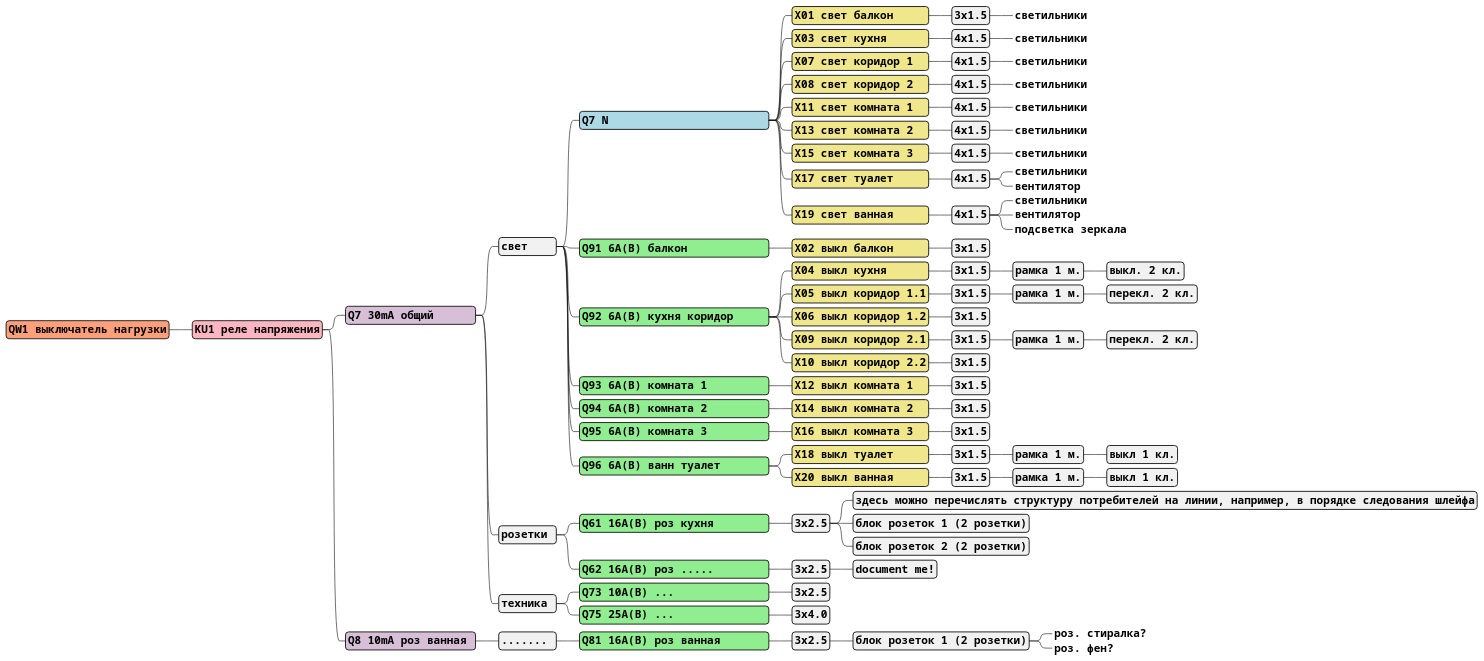
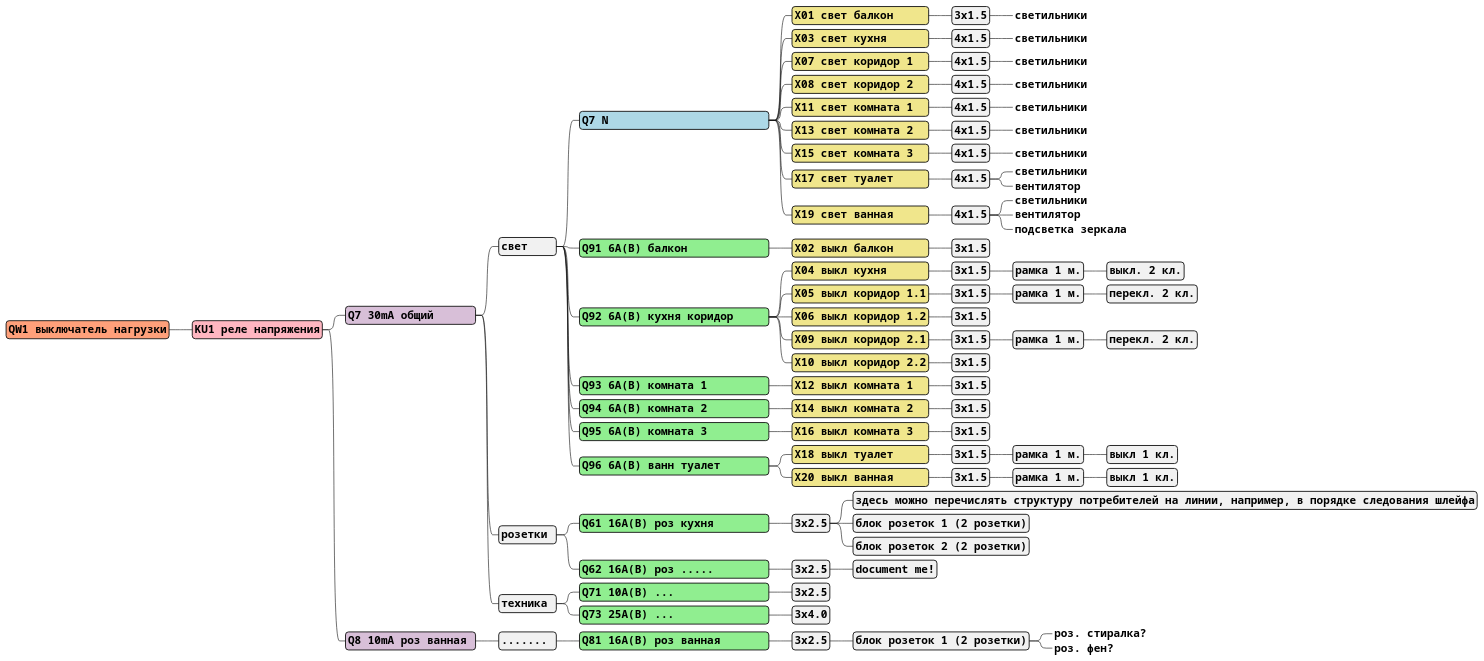
The diagram in electricity/wiring.puml (semicontinuity/reno), drawn with PlantUML before and after one commit. The commit also changed 2 other files, not shown here.

```diff
--- a/electricity/wiring.puml
+++ b/electricity/wiring.puml
@@ -1,182 +1,182 @@
 @startmindmap
 
 <style>
 legend {
   BackgroundColor #FFEFE0
 }
 node {
   FontStyle Bold
   FontSize 18
   FontName Courier
   Padding 4
   Margin 4
   RoundCorner 10
 }
 
 'Neutral
 .N {
   BackgroundColor #lightblue
 }
 
 'Switch disconnector
 .SD {
   BackgroundColor #lightsalmon
 }
 'Voltage relay
 .VR {
   BackgroundColor #LightPink
 }
 'Installation contactors
 .IC {
   BackgroundColor #NavajoWhite
 }
 'Latching relays
 .LR {
   BackgroundColor #NavajoWhite
 }
 .RCCB {
   BackgroundColor #thistle
 }
 .CB {
   BackgroundColor lightgreen
 }
 'Terminal
 .T {
   BackgroundColor #lightyellow
 }
 'Terminal
 .T1 {
   BackgroundColor #khaki
 }
 .T_IN {
   BackgroundColor #Wheat
 }
 'Wall outlet block
 .W {
   BackgroundColor #gainsboro
 }
 'Wall outlet
 .W {
   BackgroundColor #white
 }
 'Light group
 .L {
 }
 'Consumer
 .C {
   BackgroundColor #lightgray
 }
 .PLCIN {
   BackgroundColor #white
 }
 </style>
 
 * QW1 выключатель нагрузки<<SD>>
   * KU1 реле напряжения<<VR>>
 
     * Q7 30mA общий      <<RCCB>>
       * свет    <<>>
         * Q7 N                        <<N>>
           * X01 свет балкон     <<T1>>
             * 3x1.5
               *_ светильники            <<L>>
           * X03 свет кухня      <<T1>>
             * 4x1.5
               *_ светильники            <<L>>
           * X07 свет коридор 1  <<T1>>
             * 4x1.5
               *_ светильники            <<L>>
           * X08 свет коридор 2  <<T1>>
             * 4x1.5
               *_ светильники            <<L>>
           * X11 свет комната 1  <<T1>>
             * 4x1.5
               *_ светильники            <<L>>
           * X13 свет комната 2  <<T1>>
             * 4x1.5
               *_ светильники            <<W>>
           * X15 свет комната 3  <<T1>>
             * 4x1.5
               *_ светильники            <<L>>
           * X17 свет туалет     <<T1>>
             * 4x1.5
               *_ светильники            <<L>>
               *_ вентилятор             <<L>>
           * X19 свет ванная     <<T1>>
             * 4x1.5
               *_ светильники            <<L>>
               *_ вентилятор             <<L>>
               *_ подсветка зеркала      <<L>>
 
         * Q91 6A(B) балкон            <<CB>>
           * X02 выкл балкон     <<T1>>
             * 3x1.5
 
         * Q92 6A(B) кухня коридор     <<CB>>
           * X04 выкл кухня      <<T1>>
             * 3x1.5
               * рамка 1 м.
                 * выкл. 2 кл.
           * X05 выкл коридор 1.1<<T1>>
             * 3x1.5
               * рамка 1 м.
                 * перекл. 2 кл.
           * X06 выкл коридор 1.2<<T1>>
             * 3x1.5
           * X09 выкл коридор 2.1<<T1>>
             * 3x1.5
               * рамка 1 м.
                 * перекл. 2 кл.
           * X10 выкл коридор 2.2<<T1>>
             * 3x1.5
 
         * Q93 6A(B) комната 1         <<CB>>
           * X12 выкл комната 1  <<T1>>
             * 3x1.5
 
         * Q94 6A(B) комната 2         <<CB>>
           * X14 выкл комната 2  <<T1>>
             * 3x1.5
 
         * Q95 6A(B) комната 3         <<CB>>
           * X16 выкл комната 3  <<T1>>
             * 3x1.5
 
         * Q96 6A(B) ванн туалет       <<CB>>
           * X18 выкл туалет     <<T1>>
             * 3x1.5
               * рамка 1 м.
                 * выкл 1 кл.
           * X20 выкл ванная     <<T1>>
             * 3x1.5
               * рамка 1 м.
                 * выкл 1 кл.
 
       * розетки <<>>
 
         * Q61 16A(B) роз кухня        <<CB>>
           * 3x2.5
             * здесь можно перечислять структуру потребителей на линии, например, в порядке следования шлейфа
             * блок розеток 1 (2 розетки)<<WB>>
             * блок розеток 2 (2 розетки)<<WB>>
 
         * Q62 16A(B) роз .....        <<CB>>
           * 3x2.5
             * document me!
 
       * техника <<>>
 
-        * Q73 10A(B) ...              <<CB>>
+        * Q71 10A(B) ...              <<CB>>
           * 3x2.5
-        * Q75 25A(B) ...              <<CB>>
+        * Q73 25A(B) ...              <<CB>>
           * 3x4.0
 
     * Q8 10mA роз ванная <<RCCB>>
       * ....... <<>>
         * Q81 16A(B) роз ванная       <<CB>>
           * 3x2.5
             * блок розеток 1 (2 розетки)<<WB>>
               *_ роз. стиралка?
               *_ роз. фен?
 
 @endmindmap
```
